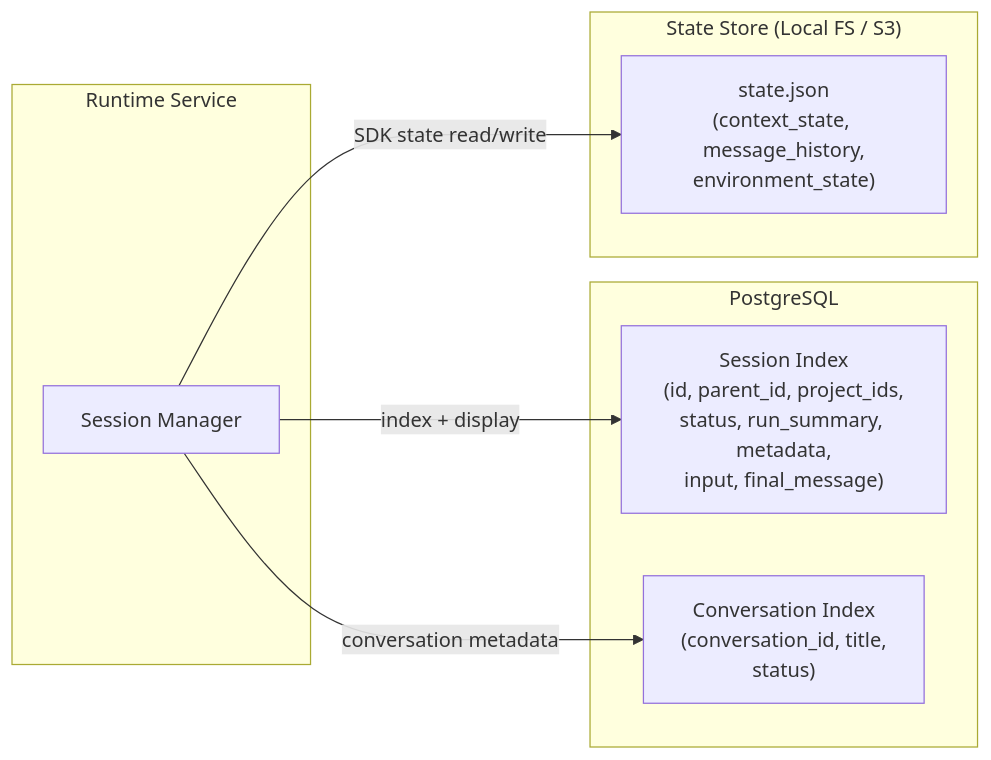
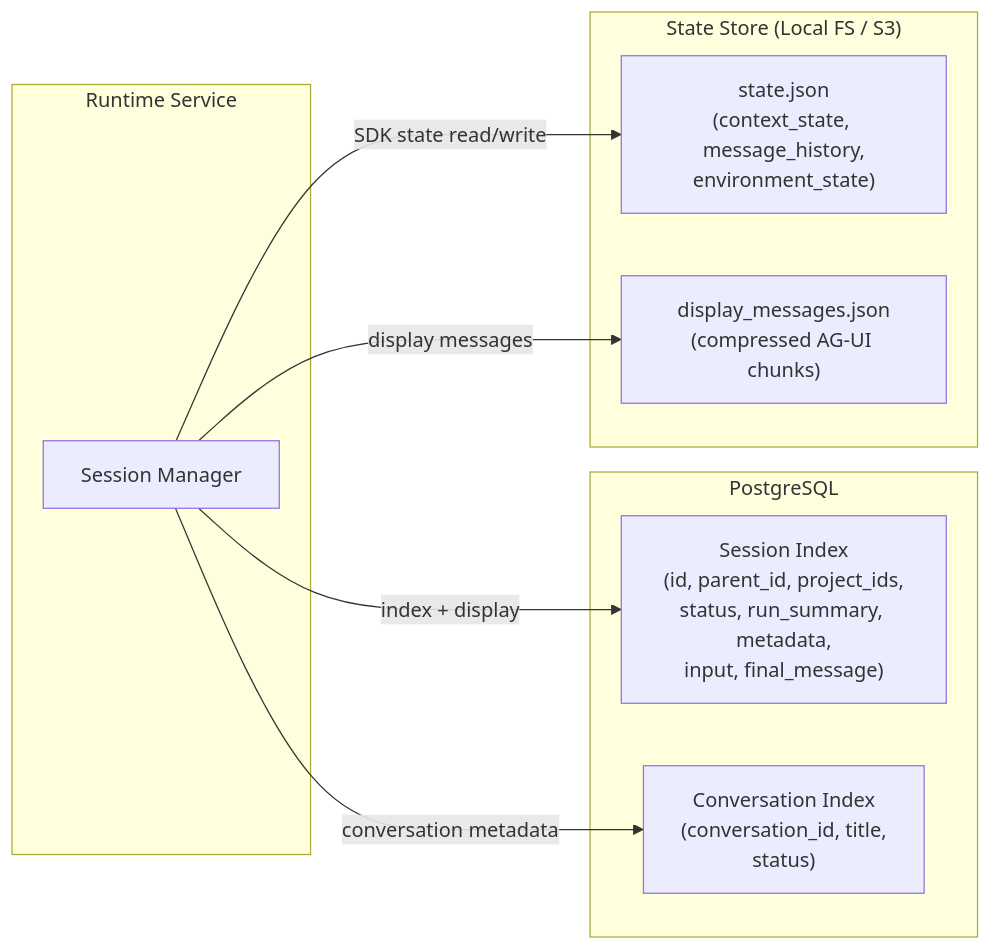
The fourth of 5 diagrams in spec/agent_runtime/01-session.md (Wh1isper/netherbrain), drawn with Mermaid before and after one commit. The commit also changed other lines of this file and 11 other files, not shown here.

First line of the commit message:
feat: compress and persist display messages at session commit

````diff
--- a/spec/agent_runtime/01-session.md
+++ b/spec/agent_runtime/01-session.md
@@ -160,19 +162,21 @@
 ```mermaid
 flowchart LR
     subgraph RT["Runtime Service"]
         SM[Session Manager]
     end
 
     subgraph PG["PostgreSQL"]
         IDX["Session Index<br/>(id, parent_id, project_ids,<br/>status, run_summary, metadata,<br/>input, final_message)"]
         CONV["Conversation Index<br/>(conversation_id, title,<br/>status)"]
     end
 
     subgraph Store["State Store (Local FS / S3)"]
         STATE["state.json<br/>(context_state, message_history,<br/>environment_state)"]
+        DM["display_messages.json<br/>(compressed AG-UI chunks)"]
     end
 
     SM -->|"index + display"| IDX
     SM -->|"conversation metadata"| CONV
     SM -->|"SDK state read/write"| STATE
+    SM -->|"display messages"| DM
 ```
````
